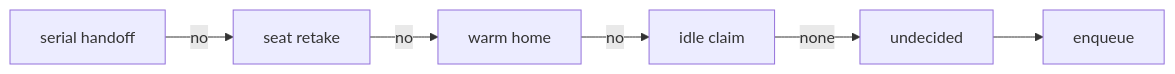
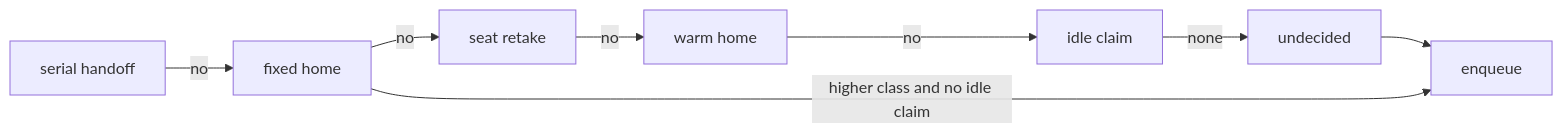
Before and after one commit to sched-ext/scx: the second of 5 diagrams in scheds/rust/scx_cake/DESIGN.md, drawn with Mermaid. The commit also changed other lines of this file and 3 other files, not shown here.

````diff
--- a/scheds/rust/scx_cake/DESIGN.md
+++ b/scheds/rust/scx_cake/DESIGN.md
@@ -61,4 +61,5 @@
 ```mermaid
 flowchart LR
-    A[serial handoff] -->|no| B[seat retake] -->|no| C[warm home] -->|no| D[idle claim] -->|none| U[undecided] --> E[enqueue]
+    A[serial handoff] -->|no| H[fixed home] -->|no| B[seat retake] -->|no| C[warm home] -->|no| D[idle claim] -->|none| U[undecided] --> E[enqueue]
+    H -->|higher class and no idle claim| E
 ```
````
